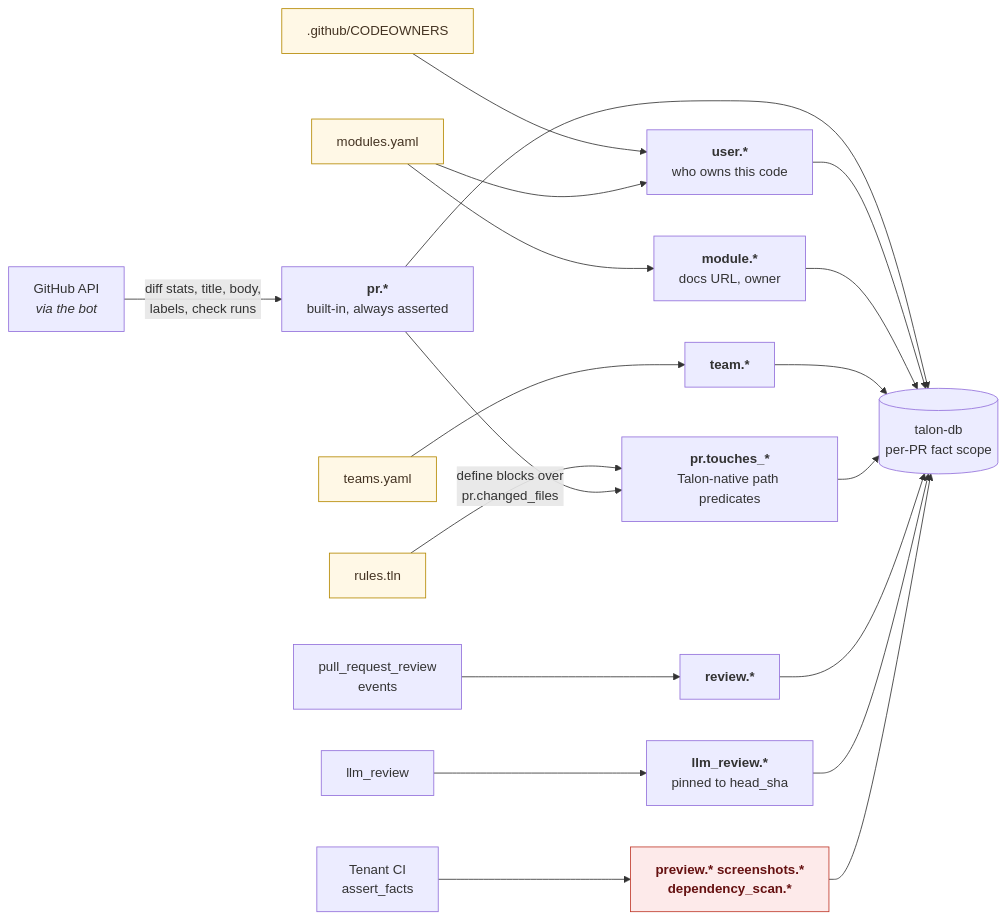
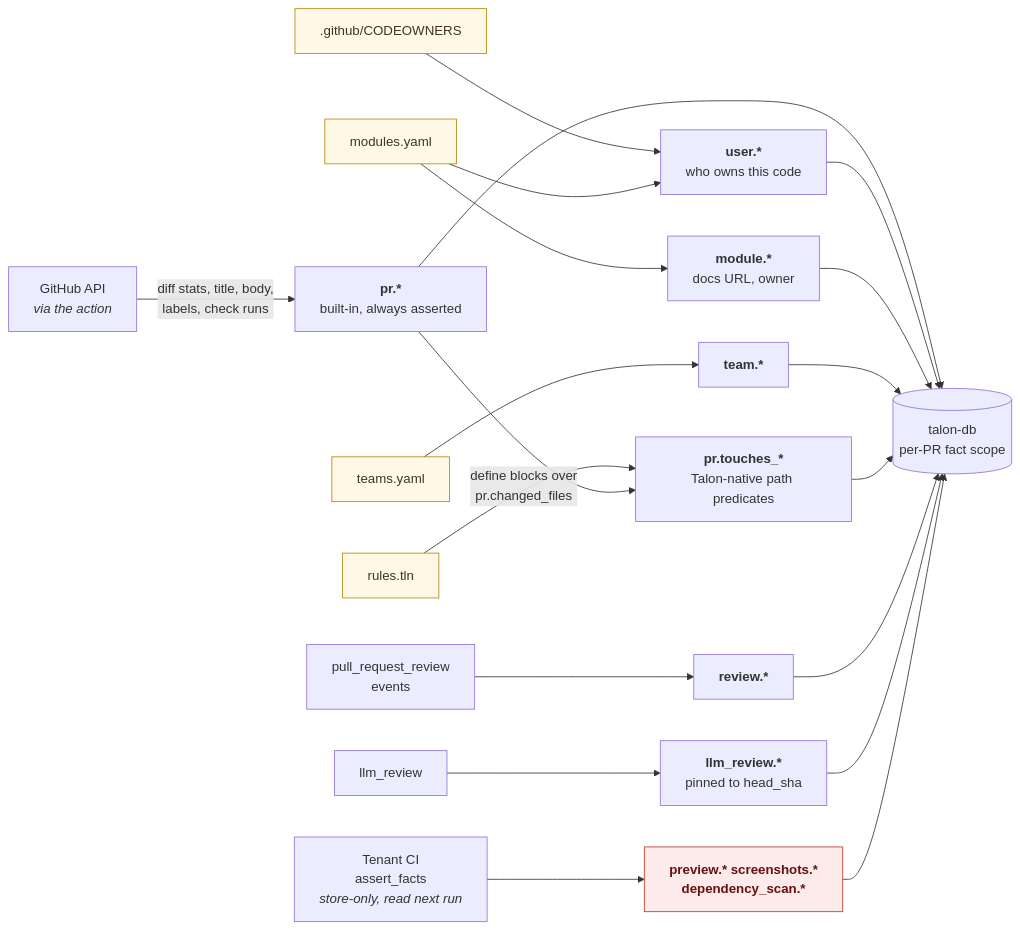
The sixth of 6 diagrams in diagrams.md (opentalon/talooner-plugin), drawn with Mermaid before and after one commit. The commit also changed other lines of this file and 9 other files, not shown here.

````diff
--- a/diagrams.md
+++ b/diagrams.md
@@ -252,27 +262,27 @@
 ```mermaid
 flowchart LR
-    GHAPI["GitHub API<br/><i>via the bot</i>"] -->|"diff stats, title, body,<br/>labels, check runs"| PRF["<b>pr.*</b><br/>built-in, always asserted"]
+    GHAPI["GitHub API<br/><i>via the action</i>"] -->|"diff stats, title, body,<br/>labels, check runs"| PRF["<b>pr.*</b><br/>built-in, always asserted"]
     CO[".github/CODEOWNERS"] --> USR["<b>user.*</b><br/>who owns this code"]
     MOD["modules.yaml"] --> USR
     MOD --> MODF["<b>module.*</b><br/>docs URL, owner"]
     TEAMS["teams.yaml"] --> TF["<b>team.*</b>"]
     RULES["rules.tln"] -->|"define blocks over<br/>pr.changed_files"| TOUCH["<b>pr.touches_*</b><br/>Talon-native path predicates"]
     PRF --> TOUCH
     REV["pull_request_review<br/>events"] --> REVF["<b>review.*</b>"]
     ENGINE["llm_review"] --> LLMF["<b>llm_review.*</b><br/>pinned to head_sha"]
-    YOURCI["Tenant CI<br/>assert_facts"] --> CUSTOM["<b>preview.* screenshots.*<br/>dependency_scan.*</b>"]
+    YOURCI["Tenant CI<br/>assert_facts<br/><i>store-only, read next run</i>"] --> CUSTOM["<b>preview.* screenshots.*<br/>dependency_scan.*</b>"]
 
     PRF --> STORE[("talon-db<br/>per-PR fact scope")]
     USR --> STORE
     MODF --> STORE
     TF --> STORE
     TOUCH --> STORE
     REVF --> STORE
     LLMF --> STORE
     CUSTOM --> STORE
 
     classDef repo fill:#fff8e6,stroke:#b58900,color:#432
     classDef danger fill:#fdeaea,stroke:#c0392b,color:#611
     class CO,MOD,TEAMS,RULES repo
     class CUSTOM danger
 ```
````
